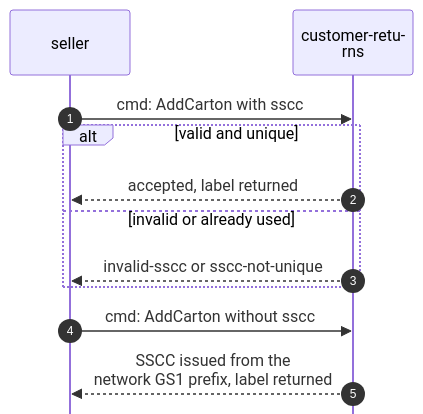
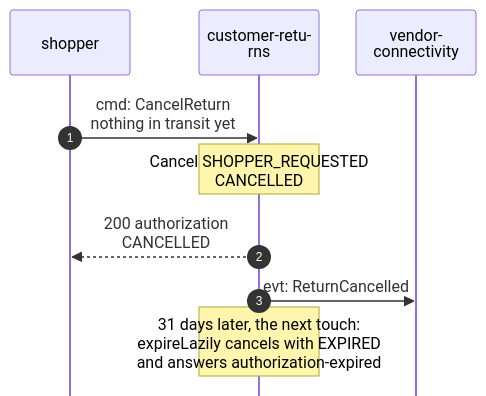
Before and after one commit to IQVO/customer-returns: the fourth of 4 diagrams in docs/docs/ddd/domain-message-flow.md, drawn with Mermaid. The commit also changed other lines of this file and 13 other files, not shown here.

````diff
--- a/docs/docs/ddd/domain-message-flow.md
+++ b/docs/docs/ddd/domain-message-flow.md
@@ -89,15 +94,13 @@
 ```mermaid
 %%{init: {"sequence": {"wrap": true, "width": 120, "actorMargin": 24, "messageMargin": 28, "boxMargin": 6, "noteMargin": 6, "mirrorActors": false}}}%%
 sequenceDiagram
     autonumber
-    participant S as seller
-    participant SI as customer-returns
-    S->>SI: cmd: AddCarton with sscc
-    alt valid and unique
-        SI-->>S: accepted, label returned
-    else invalid or already used
-        SI-->>S: invalid-sscc or sscc-not-unique
-    end
-    S->>SI: cmd: AddCarton without sscc
-    SI-->>S: SSCC issued from the<br/>network GS1 prefix, label returned
+    participant S as shopper
+    participant CR as customer-returns
+    participant VC as vendor-<br/>connectivity
+    S->>CR: cmd: CancelReturn<br/>nothing in transit yet
+    Note over CR: Cancel SHOPPER_REQUESTED<br/>CANCELLED
+    CR-->>S: 200 authorization CANCELLED
+    CR->>VC: evt: ReturnCancelled
+    Note over CR: 31 days later, the next touch:<br/>expireLazily cancels with EXPIRED<br/>and answers authorization-expired
 ```
````
